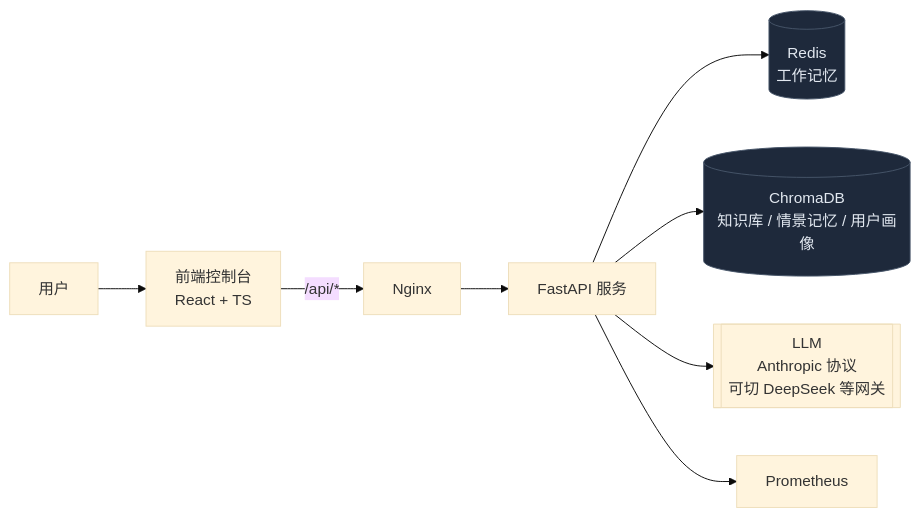
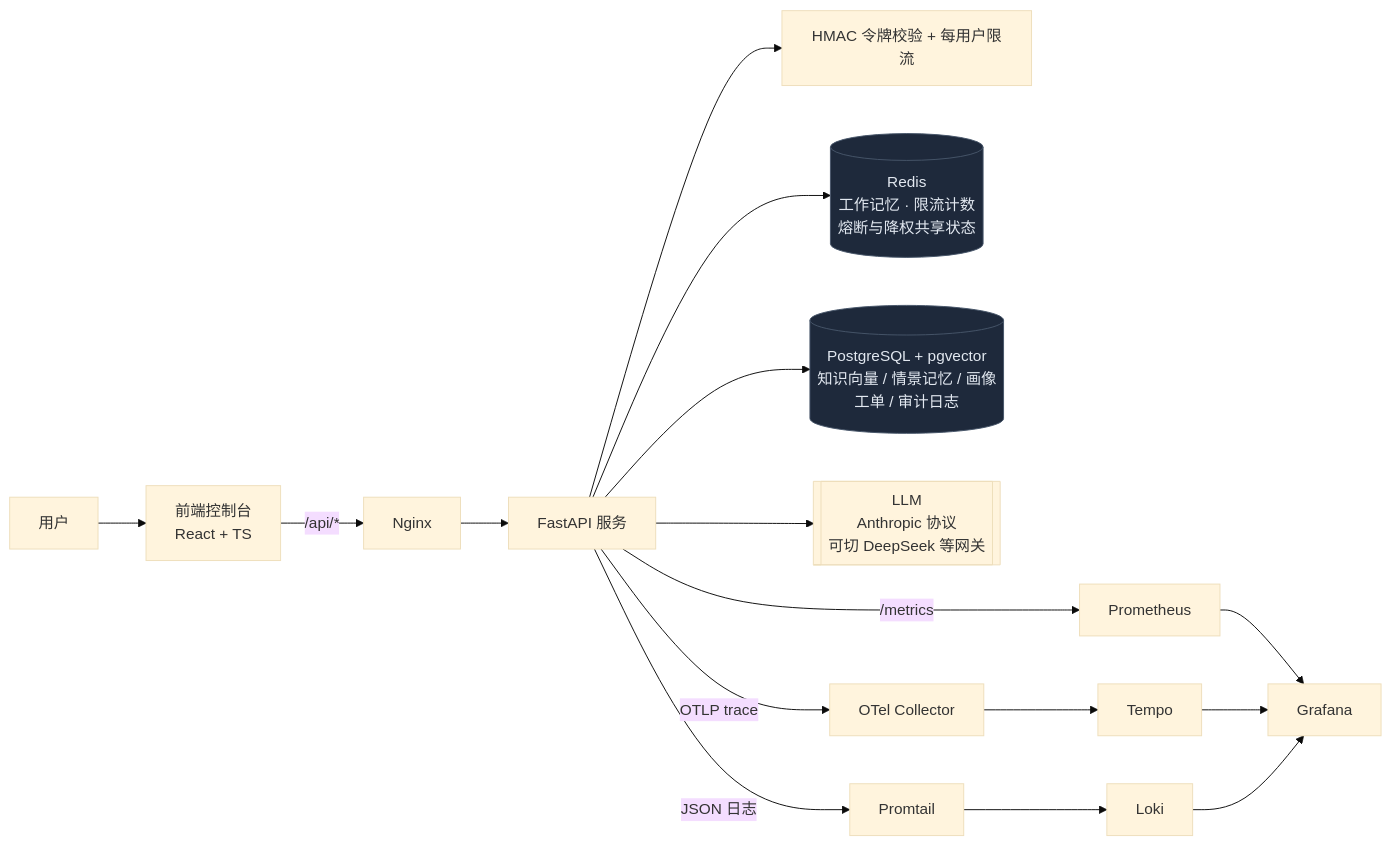
The first of 6 diagrams in backend/wiki/架构图.md (heyemlee/ai-helpdesk), drawn with Mermaid (base theme) before and after one commit. The commit also changed other lines of this file and 9 other files, not shown here.

First line of the commit message:
docs: refresh README and architecture diagrams after hardening

````diff
--- a/backend/wiki/架构图.md
+++ b/backend/wiki/架构图.md
@@ -8,14 +8,19 @@
 ```mermaid
 flowchart LR
     U[用户] --> FE[前端控制台<br/>React + TS]
     FE -->|/api/*| NG[Nginx]
     NG --> APP[FastAPI 服务]
+    APP --> AUTH[HMAC 令牌校验 + 每用户限流]
 
-    APP --> R[(Redis<br/>工作记忆)]
-    APP --> C[(ChromaDB<br/>知识库 / 情景记忆 / 用户画像)]
+    APP --> R[(Redis<br/>工作记忆 · 限流计数<br/>熔断与降权共享状态)]
+    APP --> PG[(PostgreSQL + pgvector<br/>知识向量 / 情景记忆 / 画像<br/>工单 / 审计日志)]
     APP --> LLM[[LLM<br/>Anthropic 协议<br/>可切 DeepSeek 等网关]]
-    APP --> P[Prometheus]
+
+    APP -->|/metrics| P[Prometheus]
+    APP -->|OTLP trace| OC[OTel Collector] --> TP[Tempo]
+    APP -->|JSON 日志| PT[Promtail] --> LK[Loki]
+    P & TP & LK --> GF[Grafana]
 
     classDef store fill:#1e293b,stroke:#475569,color:#e2e8f0
-    class R,C store
+    class R,PG store
 ```
````
